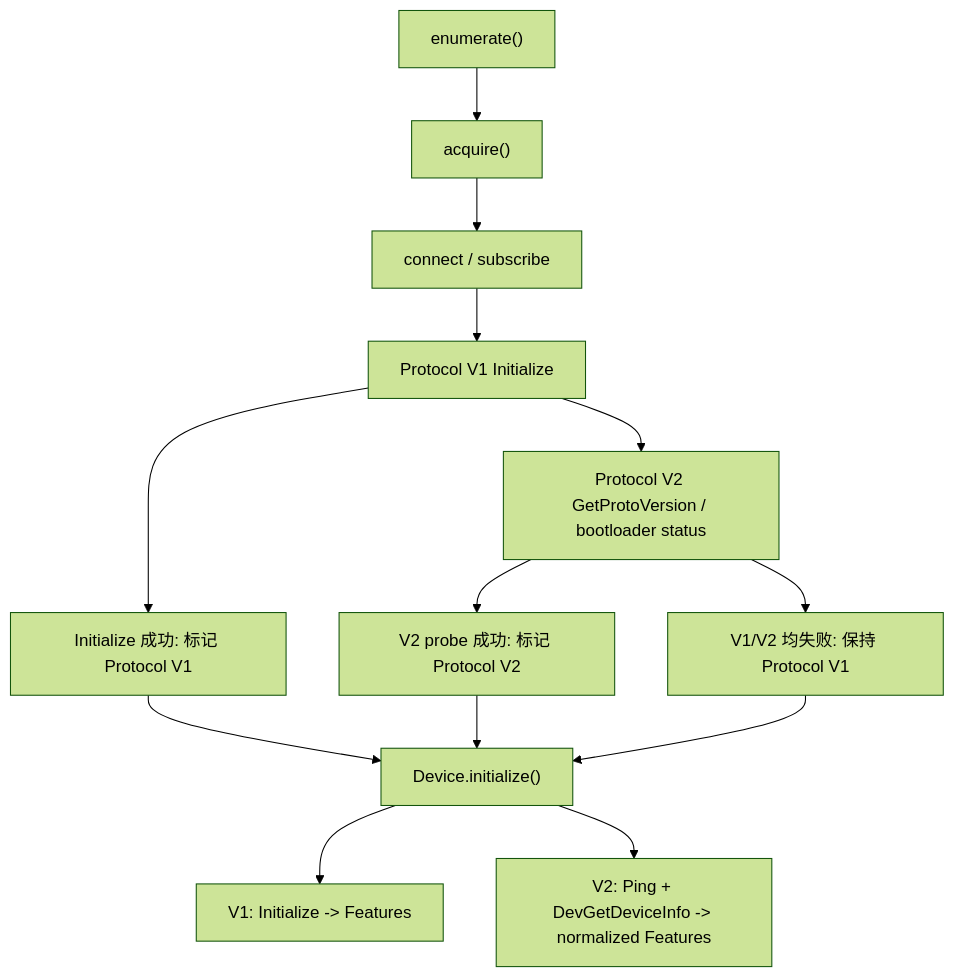
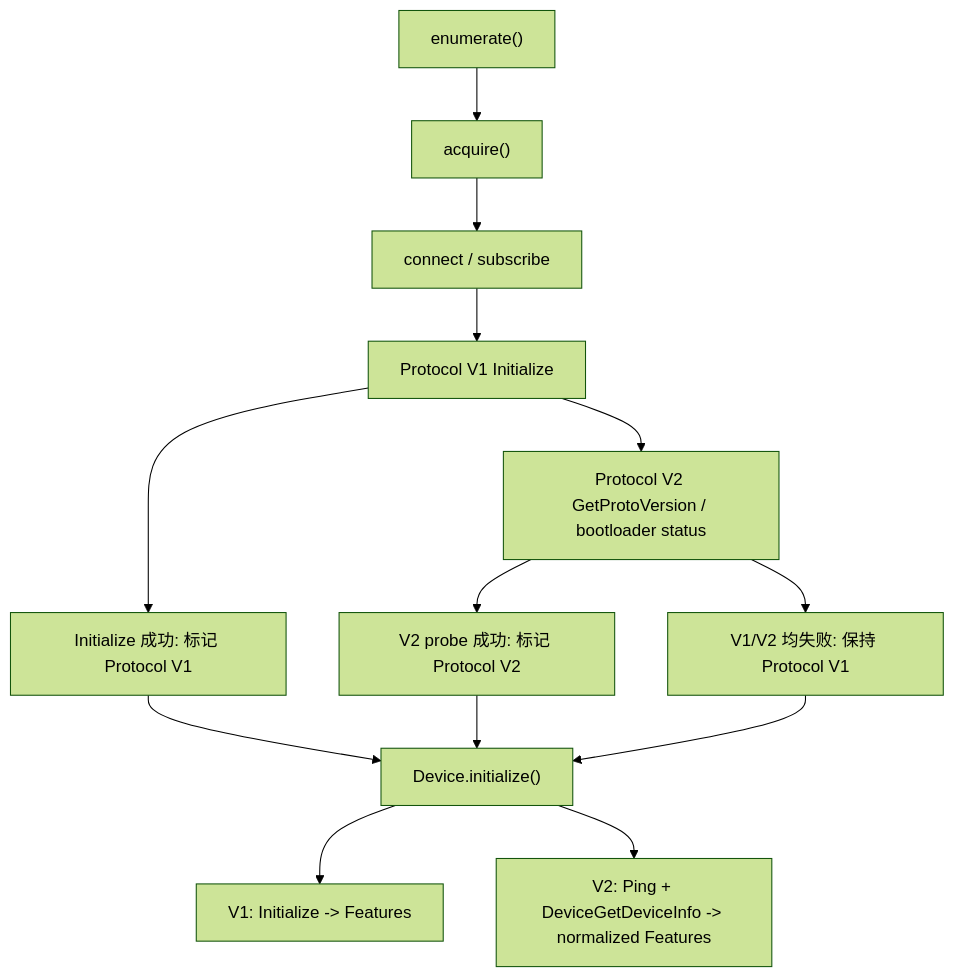
The second of 3 diagrams in docs/architecture.md (OneKeyHQ/hardware-js-sdk), drawn with Mermaid (forest theme) before and after one commit. The commit also changed other lines of this file and 90 other files, not shown here.

Commit message:
feat: support pro2 protocol v2 usb flows

````diff
--- a/docs/architecture.md
+++ b/docs/architecture.md
@@ -75,22 +75,22 @@
 ```mermaid
 flowchart TD
   Enumerate["enumerate()"]
   Acquire["acquire()"]
   Connect["connect / subscribe"]
   ProbeV1["Protocol V1 Initialize"]
   V1["Initialize 成功: 标记 Protocol V1"]
   ProbeV2["Protocol V2 GetProtoVersion / bootloader status"]
   V2["V2 probe 成功: 标记 Protocol V2"]
   FallbackV1["V1/V2 均失败: 保持 Protocol V1"]
   Init["Device.initialize()"]
   InitV1["V1: Initialize -> Features"]
-  InitV2["V2: Ping + DevGetDeviceInfo -> normalized Features"]
+  InitV2["V2: Ping + DeviceGetDeviceInfo -> normalized Features"]
 
   Enumerate --> Acquire --> Connect --> ProbeV1
   ProbeV1 --> V1 --> Init
   ProbeV1 --> ProbeV2
   ProbeV2 --> V2 --> Init
   ProbeV2 --> FallbackV1 --> Init
   Init --> InitV1
   Init --> InitV2
 ```
````
